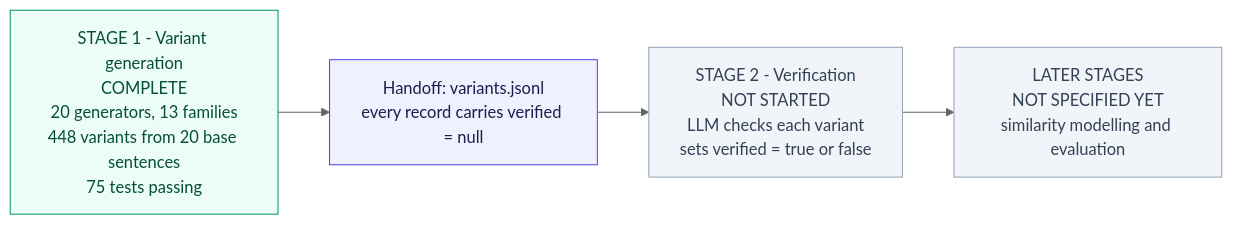
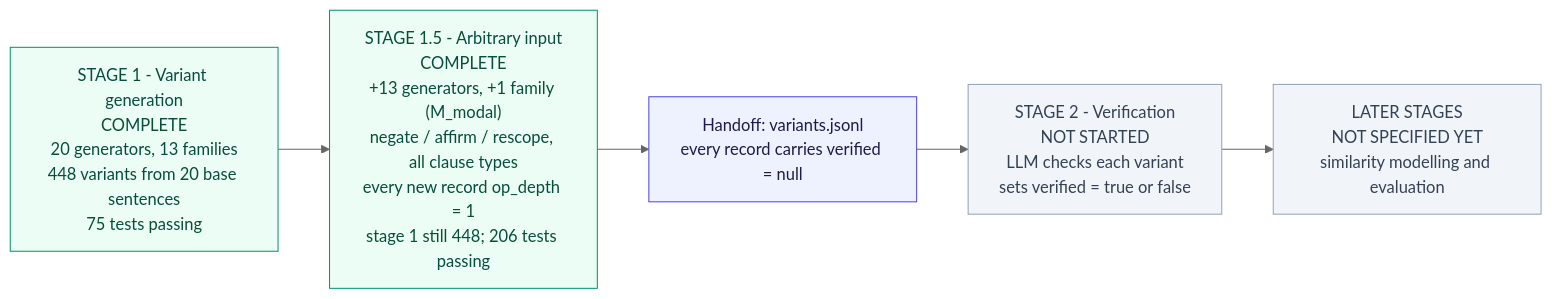
Before and after one commit to aryansharma2k4/negation-evaluation: the first of 6 diagrams in docs/status.md, drawn with Mermaid (neutral theme). The commit also changed other lines of this file, not shown here.

Commit message:
Update status doc for the arbitrary-input layer

````diff
--- a/docs/status.md
+++ b/docs/status.md
@@ -8,17 +8,19 @@
 ```mermaid
 flowchart LR
     S1["STAGE 1 - Variant generation<br/>COMPLETE<br/>20 generators, 13 families<br/>448 variants from 20 base sentences<br/>75 tests passing"]
 
-    S1 --> HOOK["Handoff: variants.jsonl<br/>every record carries verified = null"]
+    S1 --> S15["STAGE 1.5 - Arbitrary input<br/>COMPLETE<br/>+13 generators, +1 family (M_modal)<br/>negate / affirm / rescope, all clause types<br/>every new record op_depth = 1<br/>stage 1 still 448; 206 tests passing"]
+
+    S15 --> HOOK["Handoff: variants.jsonl<br/>every record carries verified = null"]
 
     HOOK --> S2["STAGE 2 - Verification<br/>NOT STARTED<br/>LLM checks each variant<br/>sets verified = true or false"]
 
     S2 --> S3["LATER STAGES<br/>NOT SPECIFIED YET<br/>similarity modelling and evaluation"]
 
     classDef done fill:#ecfdf5,stroke:#059669,color:#064e3b
     classDef todo fill:#f1f5f9,stroke:#94a3b8,color:#334155
     classDef hand fill:#eef2ff,stroke:#4f46e5,color:#1e1b4b
-    class S1 done
+    class S1,S15 done
     class HOOK hand
     class S2,S3 todo
 ```
````
